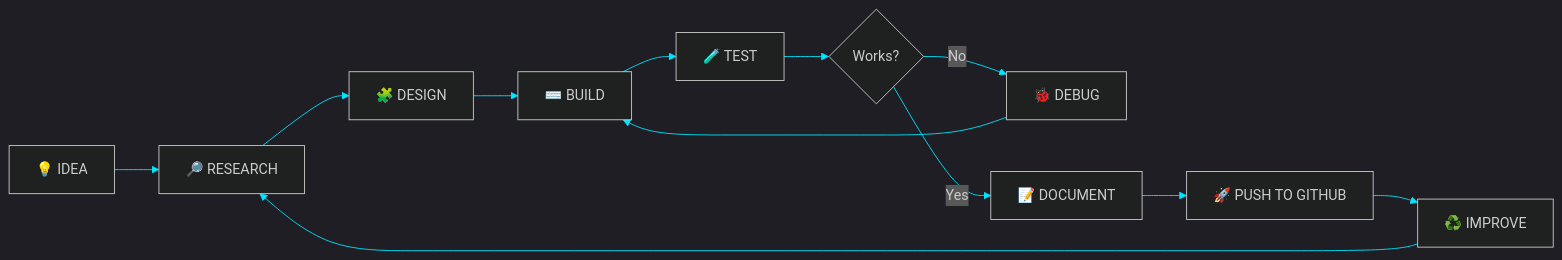
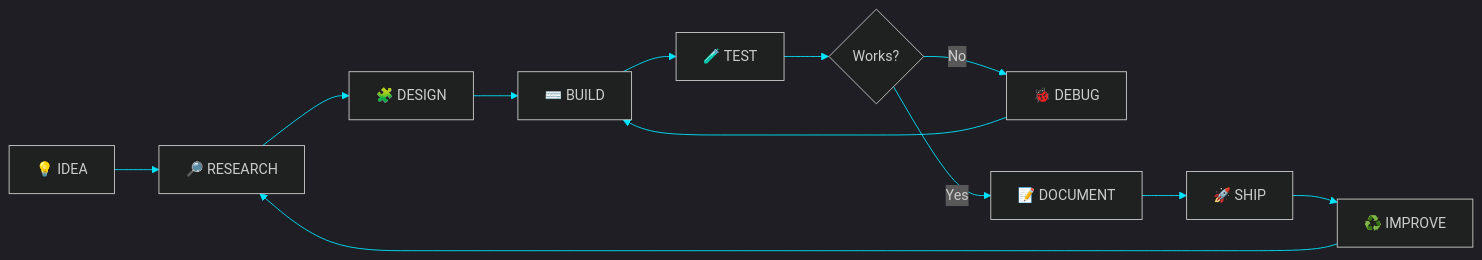
One commit to HARSHA-TKD/HARSHA-TKD changed the first of 2 diagrams in README.md. Above: the diagram before and after it, drawn with Mermaid. The commit also changed other lines of this file, not shown here.

````diff
--- a/README.md
+++ b/README.md
@@ -167,15 +135,15 @@
 ```mermaid
-%%{init: {'theme':'dark','themeVariables':{'primaryColor':'#4C1D95','primaryTextColor':'#fff','primaryBorderColor':'#00E5FF','lineColor':'#00E5FF','secondaryColor':'#0D1117','tertiaryColor':'#0D1117'}}}%%
+%%{init: {'theme':'dark','themeVariables':{'primaryColor':'#3B0764','primaryTextColor':'#fff','primaryBorderColor':'#00E5FF','lineColor':'#00E5FF'}}}%%
 flowchart LR
     A["💡 IDEA"] --> B["🔎 RESEARCH"]
     B --> C["🧩 DESIGN"]
     C --> D["⌨️ BUILD"]
     D --> E["🧪 TEST"]
     E --> F{"Works?"}
     F -->|No| G["🐞 DEBUG"]
     G --> D
     F -->|Yes| H["📝 DOCUMENT"]
-    H --> I["🚀 PUSH TO GITHUB"]
+    H --> I["🚀 SHIP"]
     I --> J["♻️ IMPROVE"]
     J --> B
 ```
````
